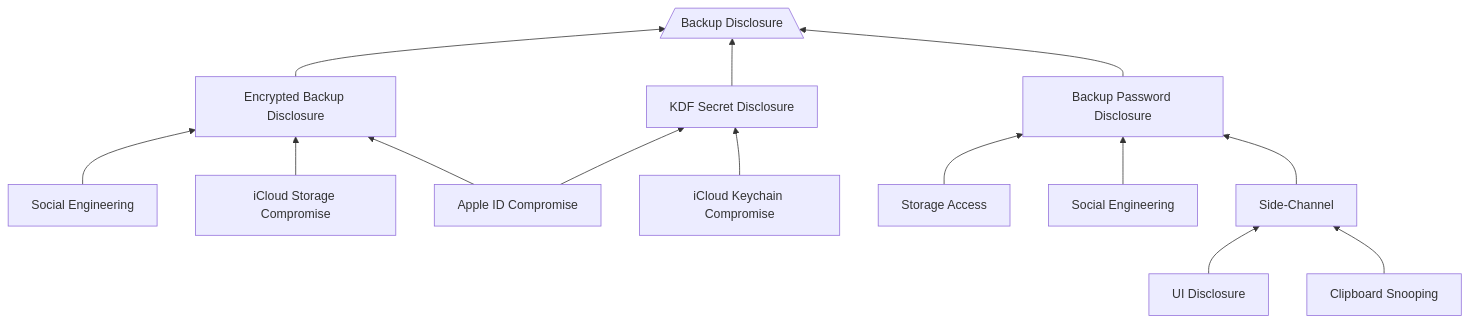
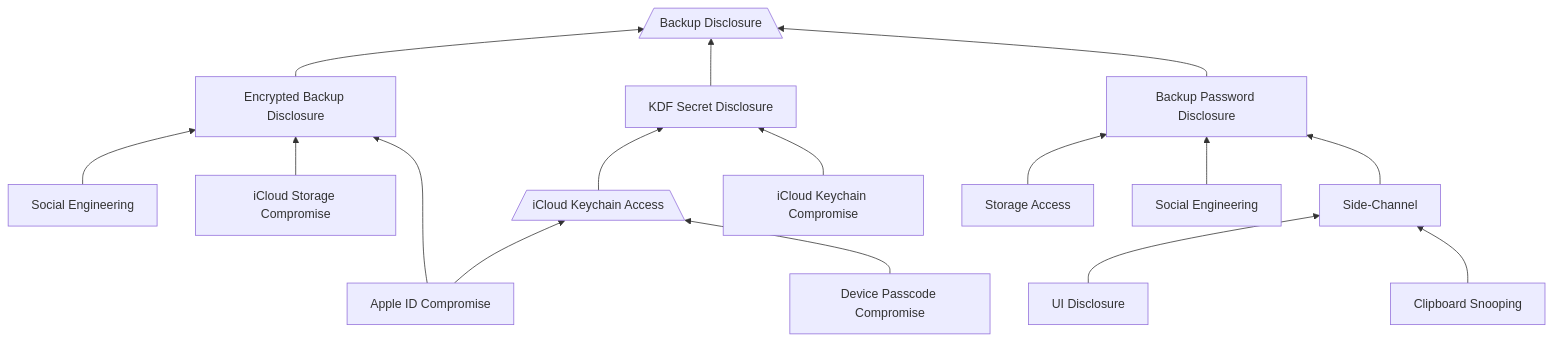
One commit to sealvault/sealvault changed the fourth of 6 diagrams in website/src/dev-docs/design/attack-tree.md. Above: the diagram before and after it, drawn with Mermaid.

Commit message:
Add device passcode to backup disclosure tree

````diff
--- a/website/src/dev-docs/design/attack-tree.md
+++ b/website/src/dev-docs/design/attack-tree.md
@@ -330,42 +330,48 @@
 ```mermaid
 flowchart BT
 
   encrypted_backup_disclosure[Encrypted Backup Disclosure]
   --> backup_disclosure[/Backup Disclosure\]
 
   social_engineering[Social Engineering]
   --> encrypted_backup_disclosure
   
   icloud_storage_compromise[iCloud Storage Compromise]
   --> encrypted_backup_disclosure
   
   apple_id_compromise[Apple ID Compromise]
   --> encrypted_backup_disclosure
   
   kdfs_disclosure[KDF Secret Disclosure]
   --> backup_disclosure
   
   apple_id_compromise
+  --> icloud_keychain_access[/iCloud Keychain Access\]
+  
+  device_passcode_compromise[Device Passcode Compromise]
+  --> icloud_keychain_access
+  
+  icloud_keychain_access
   --> kdfs_disclosure
 
   icloud_keychain_compromise[iCloud Keychain Compromise]
   --> kdfs_disclosure
   
   backup_pwd_disclosure[Backup Password Disclosure]
   --> backup_disclosure
 
   storage_access[Storage Access]
   --> backup_pwd_disclosure
 
   social_engineering2[Social Engineering]
   --> backup_pwd_disclosure
 
   side_channel[Side-Channel]
   --> backup_pwd_disclosure
 
   ui_disclosure[UI Disclosure]
   --> side_channel
 
   clipboard_snooping[Clipboard Snooping]
   --> side_channel
 ```
````
